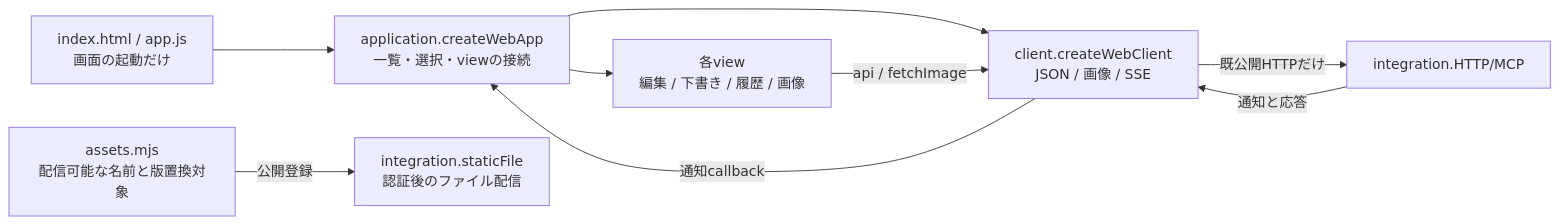
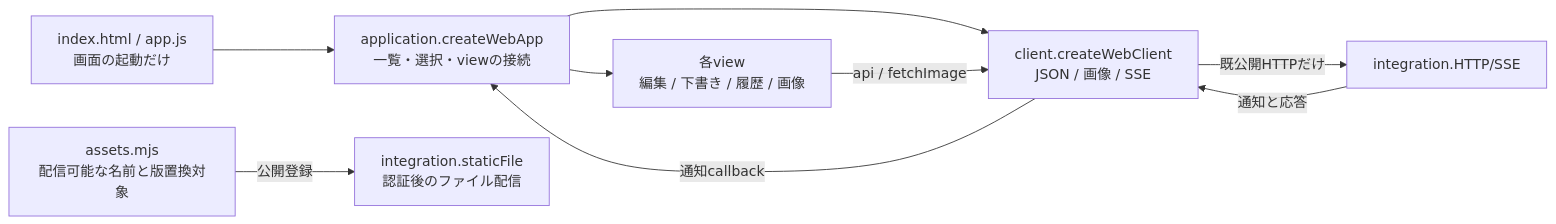
One commit to kitepon/BellTeam changed the diagram in docs/architecture/modules/web/README.md. Above: the diagram before and after it, drawn with Mermaid. The commit also changed other lines of this file and 3 other files, not shown here.

Commit message:
docs(web): align adopted status and HTTP SSE update boundaries

````diff
--- a/docs/architecture/modules/web/README.md
+++ b/docs/architecture/modules/web/README.md
@@ -9,11 +9,11 @@
 ```mermaid
 flowchart LR
   Browser["index.html / app.js<br/>画面の起動だけ"] --> Application["application.createWebApp<br/>一覧・選択・viewの接続"]
   Application --> Views["各view<br/>編集 / 下書き / 履歴 / 画像"]
   Application --> Client["client.createWebClient<br/>JSON / 画像 / SSE"]
   Views -->|"api / fetchImage"| Client
-  Client -->|"既公開HTTPだけ"| Integration["integration.HTTP/MCP"]
+  Client -->|"既公開HTTPだけ"| Integration["integration.HTTP/SSE"]
   Integration -->|"通知と応答"| Client
   Client -->|"通知callback"| Application
   Assets["assets.mjs<br/>配信可能な名前と版置換対象"] -->|"公開登録"| Static["integration.staticFile<br/>認証後のファイル配信"]
 ```
````
